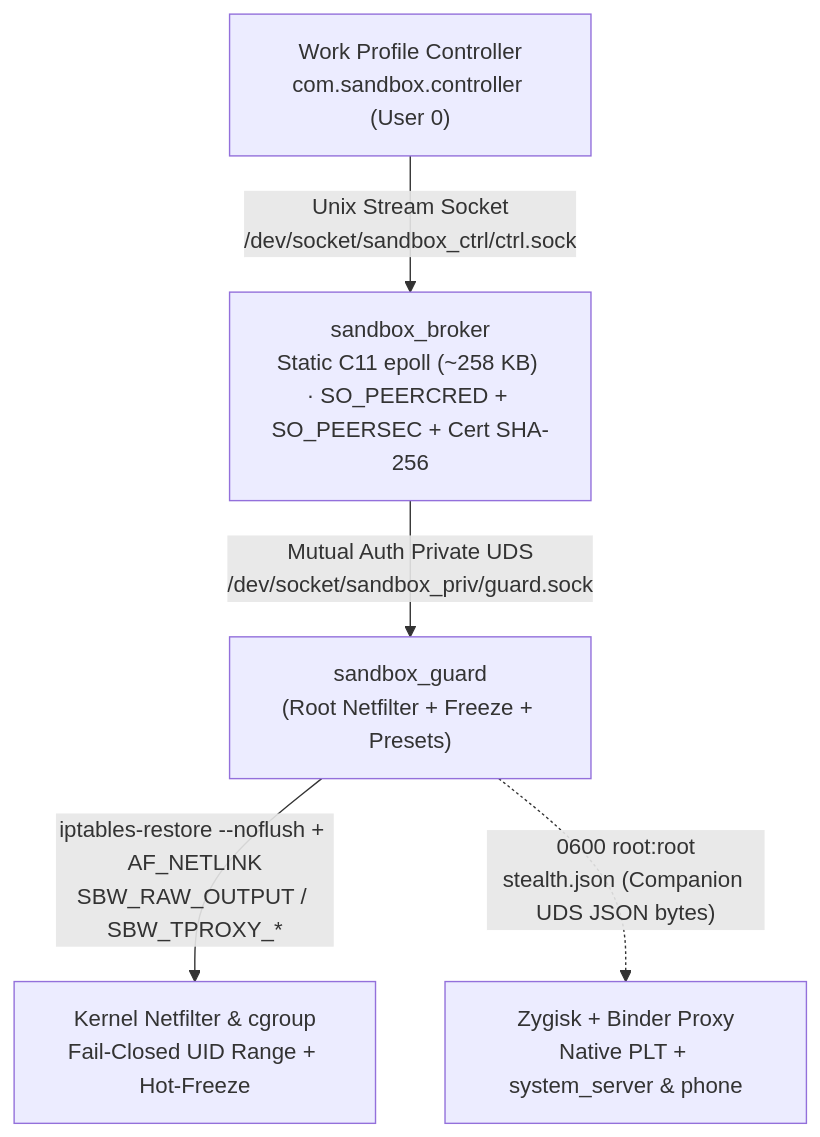
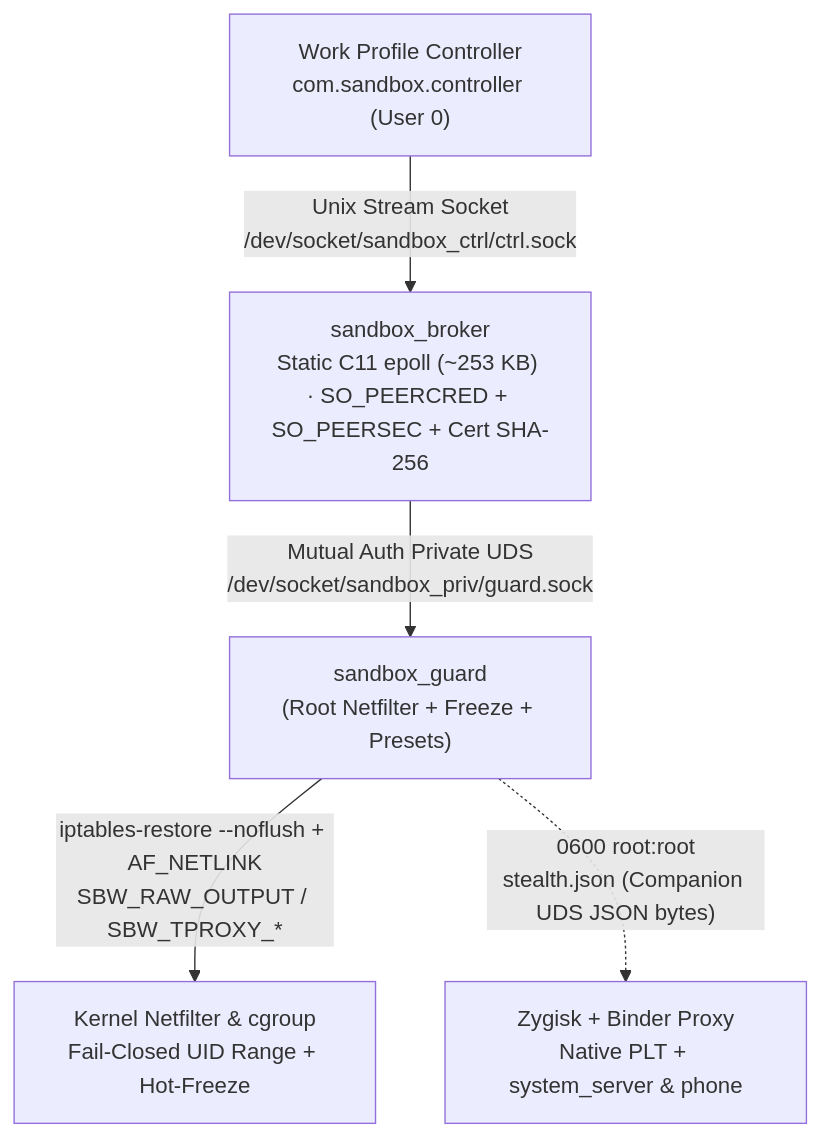
One commit to Touka404x/KernBox changed the first of 2 diagrams in ARCHITECTURE.md. Above: the diagram before and after it, drawn with Mermaid. The commit also changed 16 other files, not shown here.

````diff
--- a/ARCHITECTURE.md
+++ b/ARCHITECTURE.md
@@ -7,7 +7,7 @@
 ```mermaid
 flowchart TD
-    Ctrl["Work Profile Controller<br/>com.sandbox.controller (User 0)"] -->|"Unix Stream Socket<br/>/dev/socket/sandbox_ctrl/ctrl.sock"| Broker["sandbox_broker<br/>Static C11 epoll (~258 KB) · SO_PEERCRED + SO_PEERSEC + Cert SHA-256"]
+    Ctrl["Work Profile Controller<br/>com.sandbox.controller (User 0)"] -->|"Unix Stream Socket<br/>/dev/socket/sandbox_ctrl/ctrl.sock"| Broker["sandbox_broker<br/>Static C11 epoll (~253 KB) · SO_PEERCRED + SO_PEERSEC + Cert SHA-256"]
     Broker -->|"Mutual Auth Private UDS<br/>/dev/socket/sandbox_priv/guard.sock"| Guard["sandbox_guard<br/>(Root Netfilter + Freeze + Presets)"]
     Guard -->|"iptables-restore --noflush + AF_NETLINK<br/>SBW_RAW_OUTPUT / SBW_TPROXY_*"| Kernel["Kernel Netfilter &amp; cgroup<br/>Fail-Closed UID Range + Hot-Freeze"]
     Guard -.->|"0600 root:root<br/>stealth.json (Companion UDS JSON bytes)"| Stealth["Zygisk + Binder Proxy<br/>Native PLT + system_server &amp; phone"]
 ```
````
